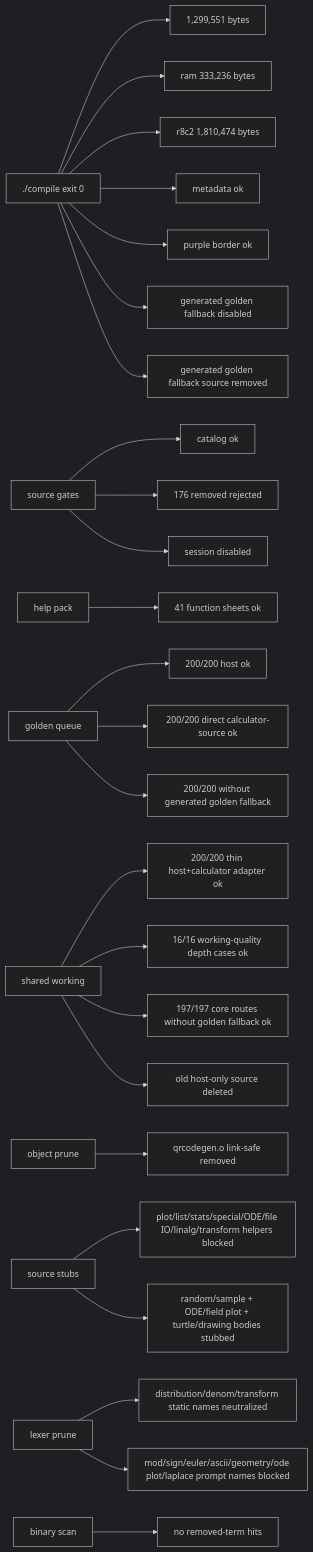
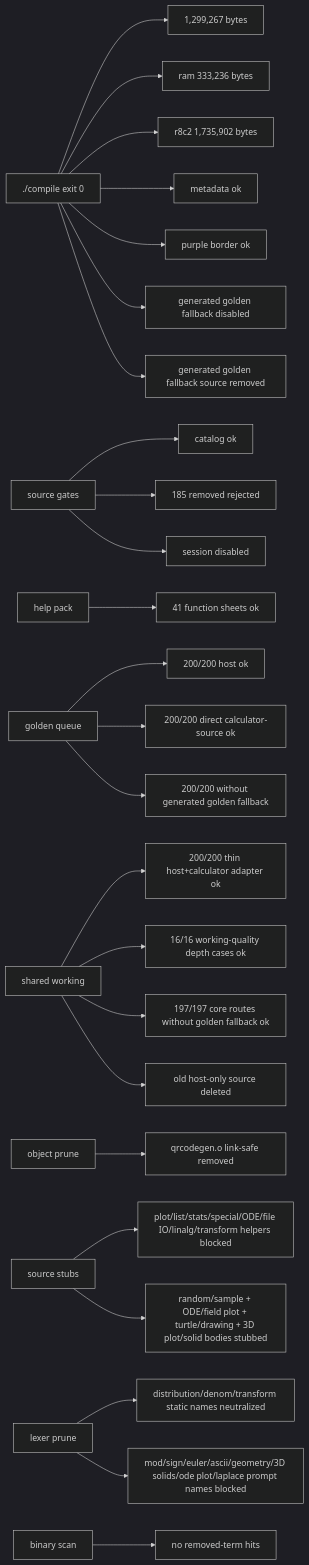
One commit to james8464/notes-addin-casio-fx-cg50 changed the seventh of 7 diagrams in docs/GRAPH.md. Above: the diagram before and after it, drawn with Mermaid (dark theme). The commit also changed other lines of this file and 8 other files, not shown here.

````diff
--- a/docs/GRAPH.md
+++ b/docs/GRAPH.md
@@ -160,27 +162,27 @@
 ```mermaid
 graph LR
-  Build["./compile exit 0"] --> Size["1,299,551 bytes"]
+  Build["./compile exit 0"] --> Size["1,299,267 bytes"]
   Build --> Ram["ram 333,236 bytes"]
-  Build --> R8C2["r8c2 1,810,474 bytes"]
+  Build --> R8C2["r8c2 1,735,902 bytes"]
   Build --> Meta["metadata ok"]
   Build --> Border["purple border ok"]
   Build --> NoRuntimeFallback["generated golden fallback disabled"]
   Build --> NoRuntimeSource["generated golden fallback source removed"]
   Source["source gates"] --> Catalog["catalog ok"]
-  Source --> Removed["176 removed rejected"]
+  Source --> Removed["185 removed rejected"]
   Source --> Session["session disabled"]
   Help["help pack"] --> HelpQ["41 function sheets ok"]
   Queue["golden queue"] --> QueueRun["200/200 host ok"]
   Queue --> GoldenRun["200/200 direct calculator-source ok"]
   Queue --> NoGolden["200/200 without generated golden fallback"]
   Shared["shared working"] --> SharedRun["200/200 thin host+calculator adapter ok"]
   Shared --> WorkQ["16/16 working-quality depth cases ok"]
   Shared --> CoreRun["197/197 core routes without golden fallback ok"]
   Shared --> NoHostSrc["old host-only source deleted"]
   Obj["object prune"] --> QR["qrcodegen.o link-safe removed"]
   Macro["source stubs"] --> Stubbed["plot/list/stats/special/ODE/file IO/linalg/transform helpers blocked"]
-  Macro --> RuntimeStubbed["random/sample + ODE/field plot + turtle/drawing bodies stubbed"]
+  Macro --> RuntimeStubbed["random/sample + ODE/field plot + turtle/drawing + 3D plot/solid bodies stubbed"]
   Static["lexer prune"] --> StaticRun["distribution/denom/transform static names neutralized"]
-  Static --> PromptRun["mod/sign/euler/ascii/geometry/ode plot/laplace prompt names blocked"]
+  Static --> PromptRun["mod/sign/euler/ascii/geometry/3D solids/ode plot/laplace prompt names blocked"]
   Bin["binary scan"] --> NoLeak["no removed-term hits"]
 ```
````
